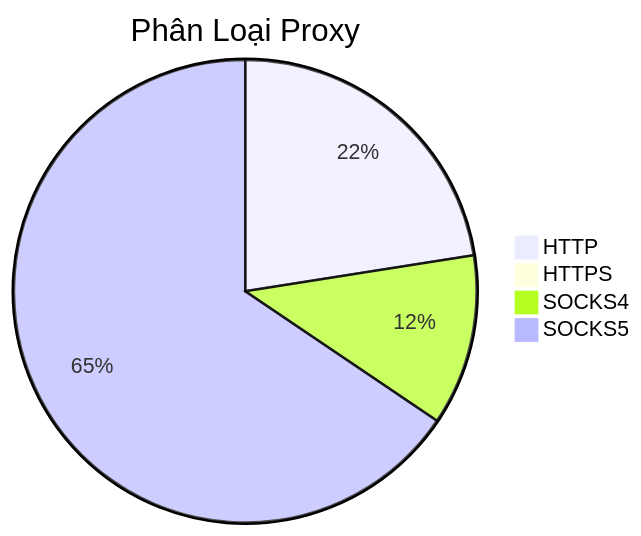
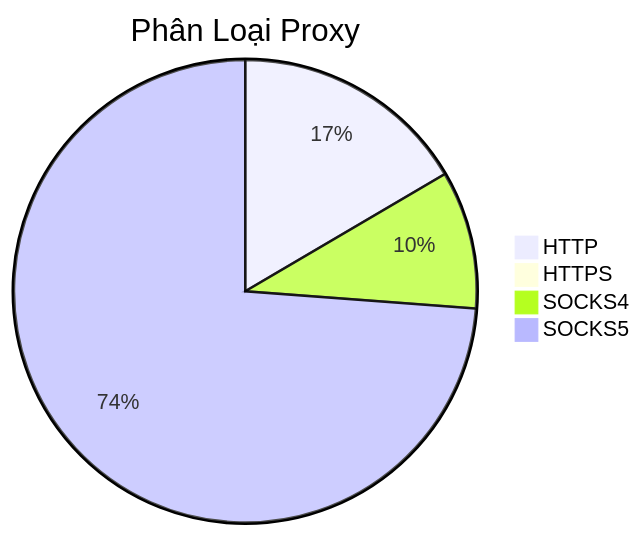
The diagram in README.md (Ciara-Aa/PROXY-free), drawn with Mermaid before and after one commit. The commit also changed other lines of this file and 4 other files, not shown here.

````diff
--- a/README.md
+++ b/README.md
@@ -26,7 +26,7 @@
 ```mermaid
 pie title Phân Loại Proxy
-    "HTTP" : 548
+    "HTTP" : 503
     "HTTPS" : 4
-    "SOCKS4" : 291
-    "SOCKS5" : 1596
+    "SOCKS4" : 293
+    "SOCKS5" : 2243
 ```
````
